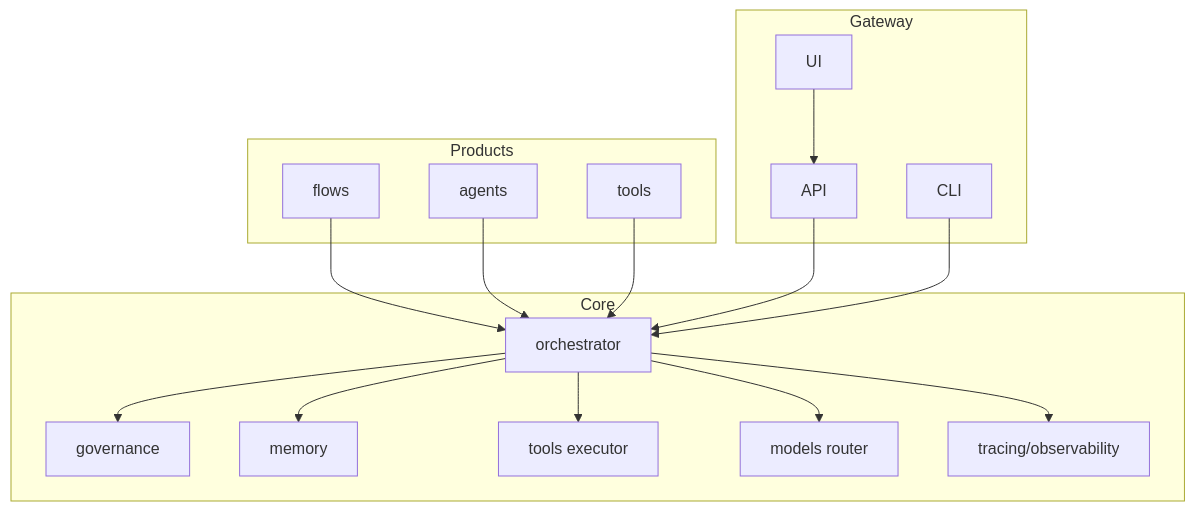
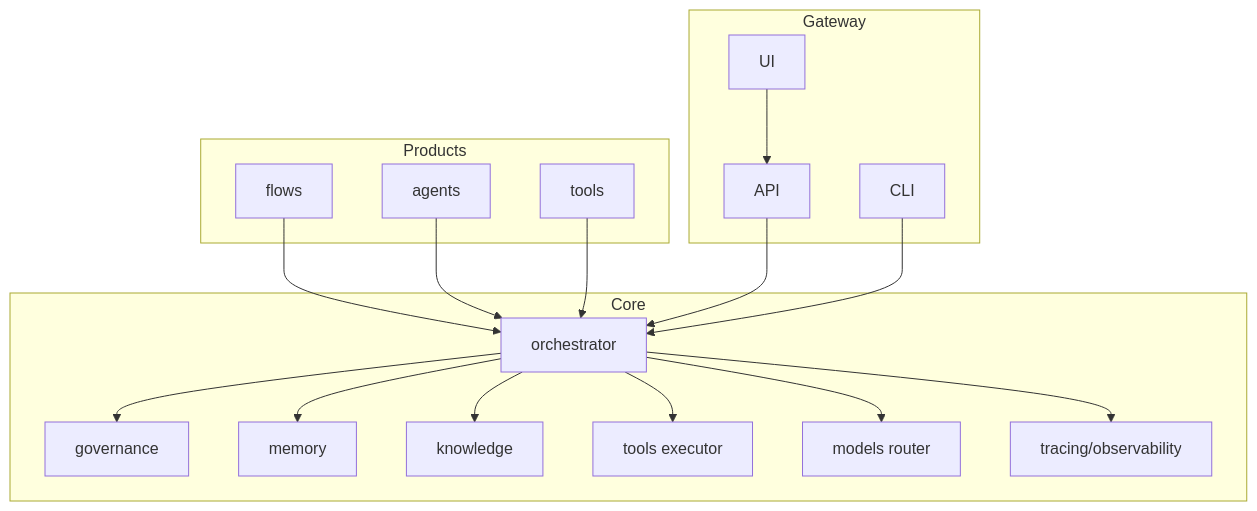
One commit to chethanp11/master changed the first of 5 diagrams in docs/overview.md. Above: the diagram before and after it, drawn with Mermaid. The commit also changed other lines of this file and 12 other files, not shown here.

````diff
--- a/docs/overview.md
+++ b/docs/overview.md
@@ -28,34 +28,36 @@
 ```mermaid
 flowchart TB
   subgraph Products
     P1[flows]
     P2[agents]
     P3[tools]
   end
   subgraph Core
     O[orchestrator]
     G[governance]
     M[memory]
+    K[knowledge]
     T[tools executor]
     R[models router]
     L[tracing/observability]
   end
   subgraph Gateway
     A[API]
     U[UI]
     C[CLI]
   end
 
   P1 --> O
   P2 --> O
   P3 --> O
   A --> O
   C --> O
   U --> A
 
   O --> G
   O --> M
+  O --> K
   O --> T
   O --> R
   O --> L
 ```
````
